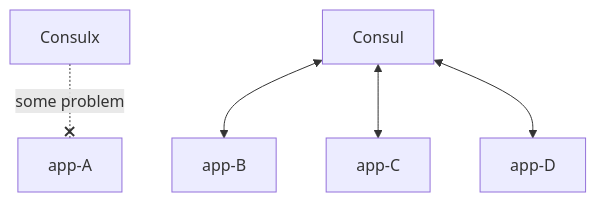
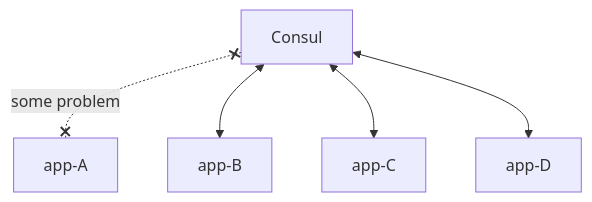
Before and after one commit to lexdmm/consul-service-discovery: the diagram in README.md, drawn with Mermaid.

````diff
--- a/README.md
+++ b/README.md
@@ -36,7 +36,7 @@
 ```mermaid
 graph TD;
-    Consulx-. some problem .-xapp-A;
+    Consul x-. some problem .-x app-A;
     Consul<-->app-B;
     Consul<-->app-C;
     Consul<-->app-D;
 ```
````
